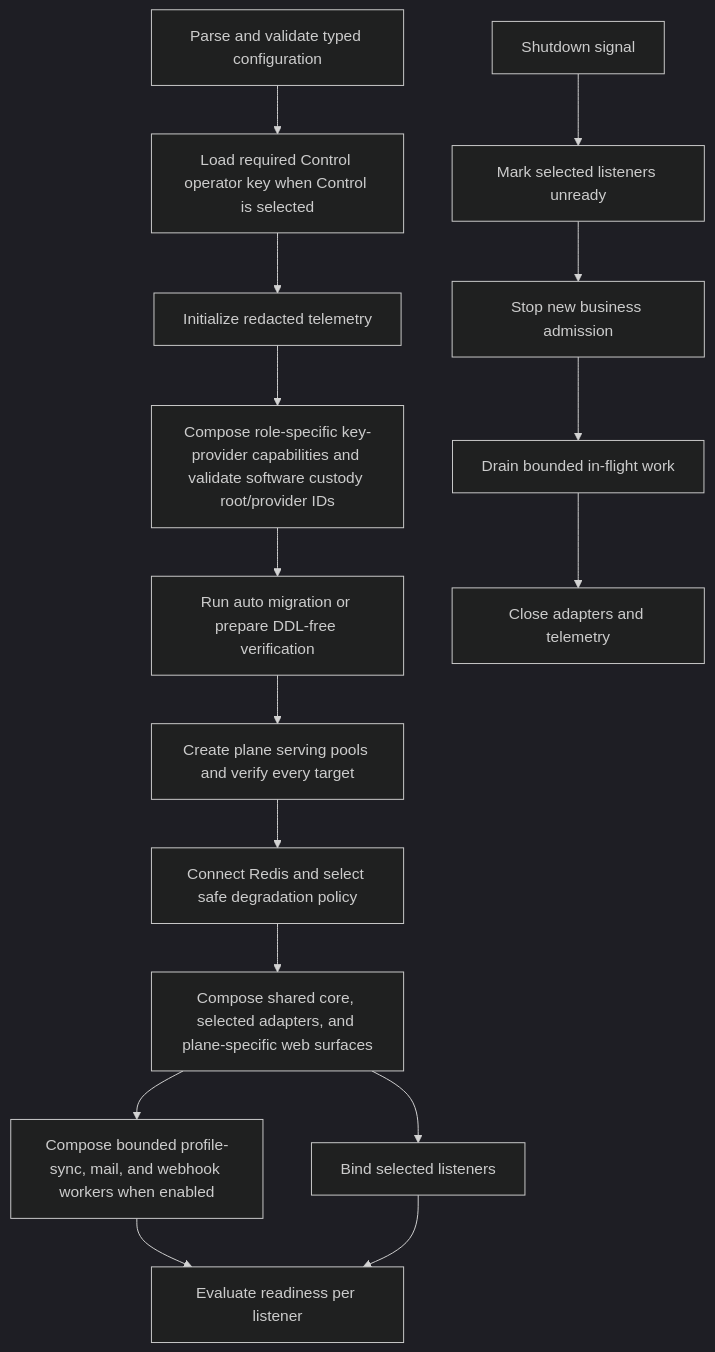
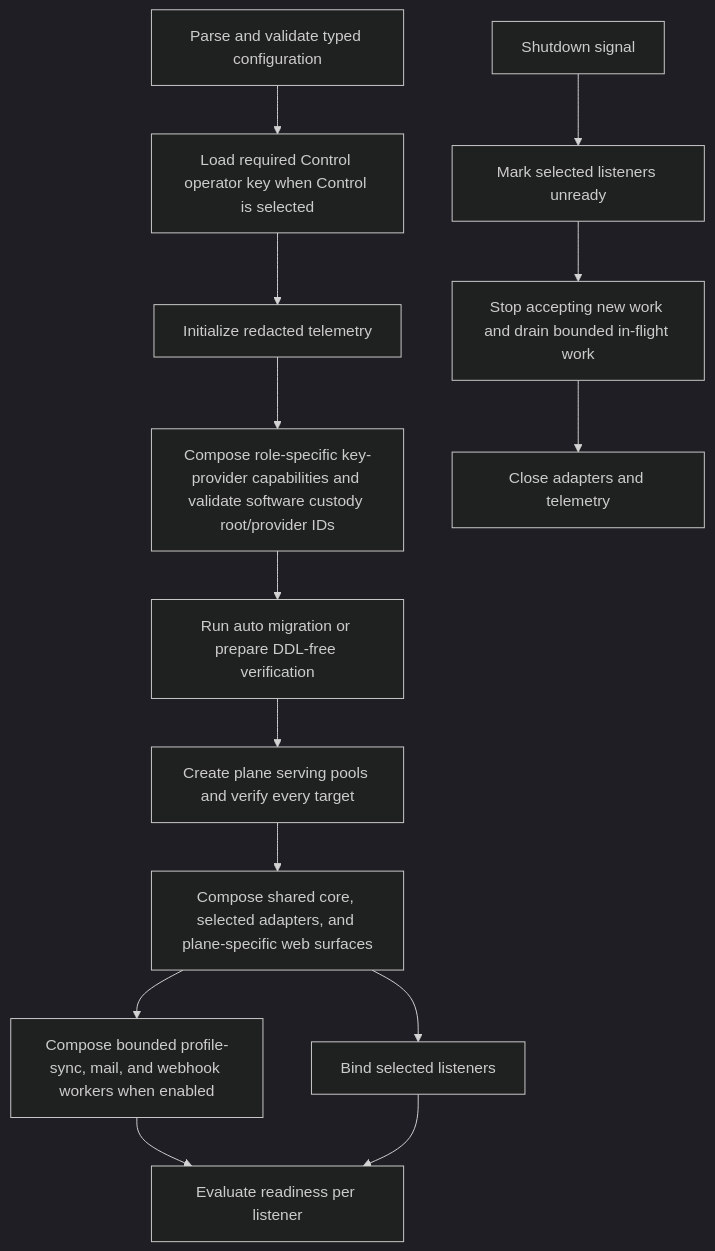
One commit to owlfoundry/owlauth changed the first of 4 diagrams in spec/06-operations-configuration-and-security.md. Above: the diagram before and after it, drawn with Mermaid (dark theme). The commit also changed other lines of this file and 155 other files, not shown here.

````diff
--- a/spec/06-operations-configuration-and-security.md
+++ b/spec/06-operations-configuration-and-security.md
@@ -19,19 +19,17 @@
 ```mermaid
 flowchart TD
     Config[Parse and validate typed configuration] --> OperatorKey[Load required Control operator key when Control is selected]
     OperatorKey --> Telemetry[Initialize redacted telemetry]
     Telemetry --> Providers[Compose role-specific key-provider capabilities and validate software custody root/provider IDs]
     Providers --> Schema[Run auto migration or prepare DDL-free verification]
     Schema --> PG[Create plane serving pools and verify every target]
-    PG --> Redis[Connect Redis and select safe degradation policy]
-    Redis --> Core[Compose shared core, selected adapters, and plane-specific web surfaces]
+    PG --> Core[Compose shared core, selected adapters, and plane-specific web surfaces]
     Core --> Workers[Compose bounded profile-sync, mail, and webhook workers when enabled]
     Core --> Bind[Bind selected listeners]
     Workers --> Ready
     Bind --> Ready[Evaluate readiness per listener]
 
     Stop[Shutdown signal] --> Unready[Mark selected listeners unready]
-    Unready --> Admission[Stop new business admission]
-    Admission --> Drain[Drain bounded in-flight work]
+    Unready --> Drain[Stop accepting new work and drain bounded in-flight work]
     Drain --> Close[Close adapters and telemetry]
 ```
````
